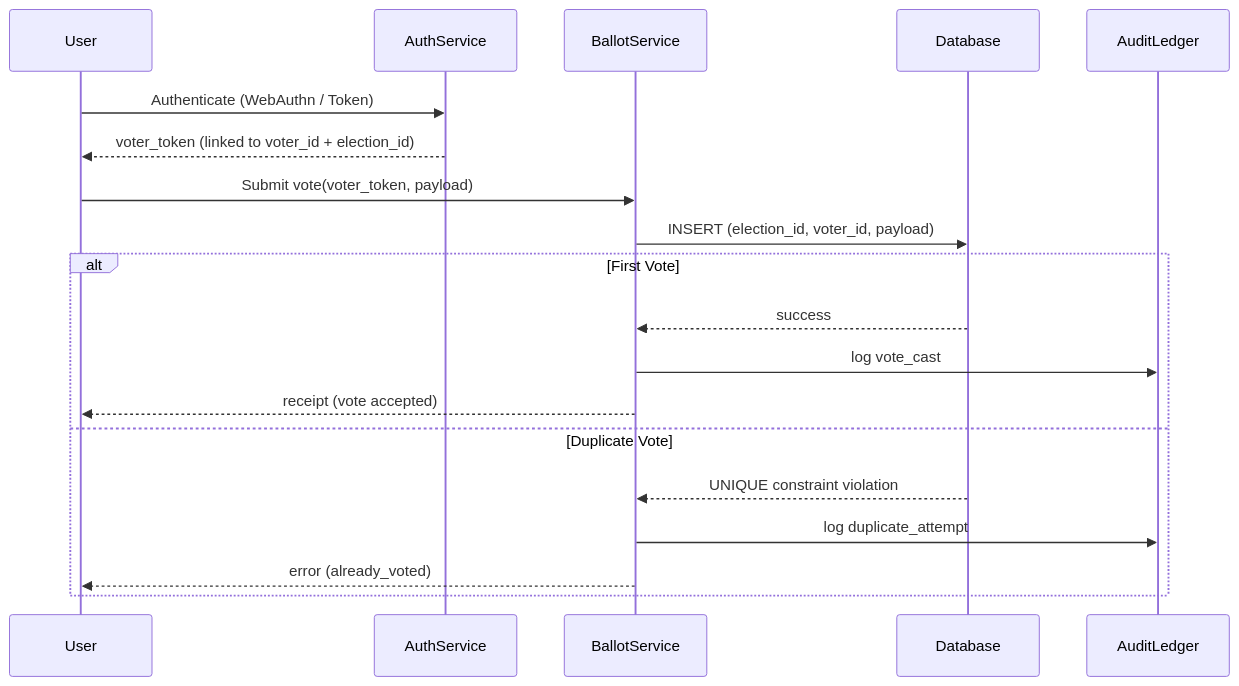
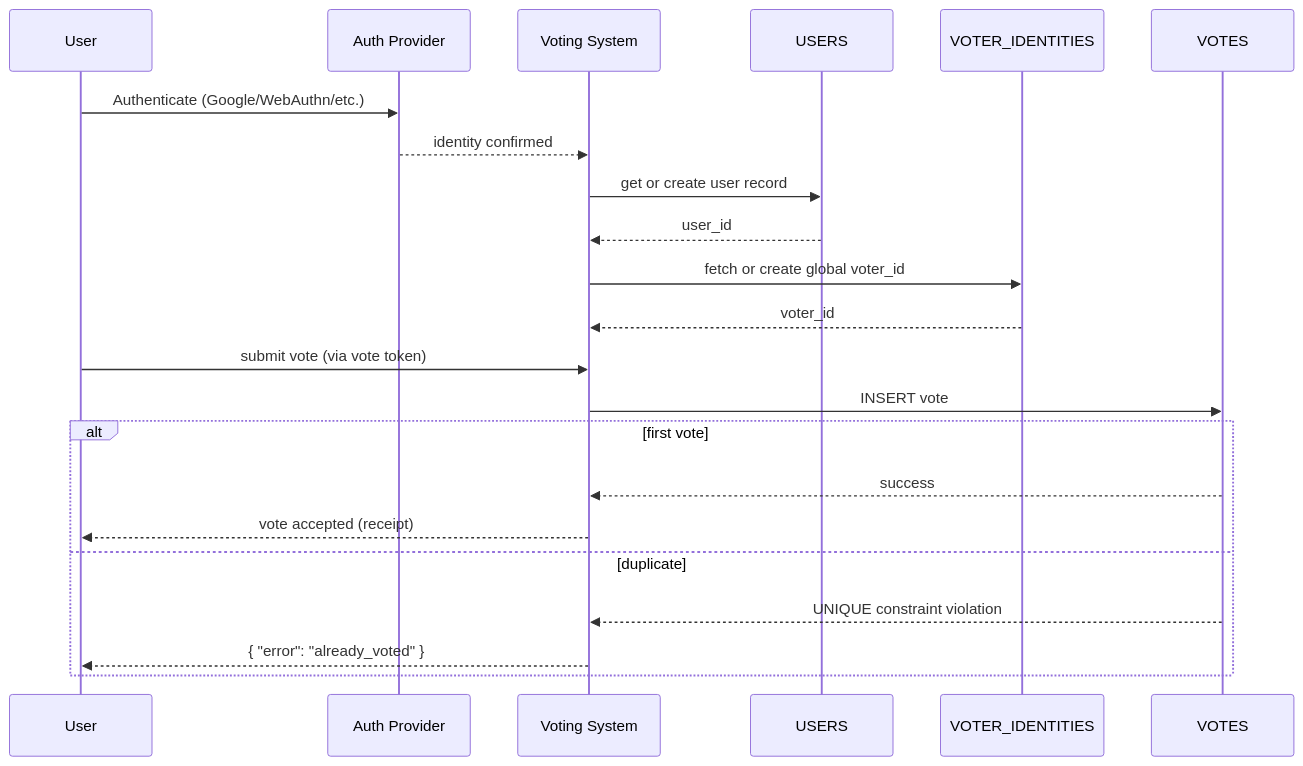
Before and after one commit to Soto92/arch-pocs: the second of 2 diagrams in vote-system/readme.md, drawn with Mermaid. The commit also changed other lines of this file and 1 other file, not shown here.

````diff
--- a/vote-system/readme.md
+++ b/vote-system/readme.md
@@ -77,22 +194,29 @@
 ```mermaid
 sequenceDiagram
   participant U as User
-  participant A as AuthService
-  participant B as BallotService
-  participant DB as Database
-  participant G as AuditLedger
+  participant AUTH as Auth Provider
+  participant SYS as Voting System
+  participant DBU as USERS
+  participant DBVI as VOTER_IDENTITIES
+  participant DBV as VOTES
 
-  U->>A: Authenticate (WebAuthn / Token)
-  A-->>U: voter_token (linked to voter_id + election_id)
-  U->>B: Submit vote(voter_token, payload)
-  B->>DB: INSERT (election_id, voter_id, payload)
-  alt First Vote
-    DB-->>B: success
-    B->>G: log vote_cast
-    B-->>U: receipt (vote accepted)
-  else Duplicate Vote
-    DB-->>B: UNIQUE constraint violation
-    B->>G: log duplicate_attempt
-    B-->>U: error (already_voted)
+  U->>AUTH: Authenticate (Google/WebAuthn/etc.)
+  AUTH-->>SYS: identity confirmed
+
+  SYS->>DBU: get or create user record
+  DBU-->>SYS: user_id
+
+  SYS->>DBVI: fetch or create global voter_id
+  DBVI-->>SYS: voter_id
+
+  U->>SYS: submit vote (via vote token)
+  SYS->>DBV: INSERT vote
+
+  alt first vote
+      DBV-->>SYS: success
+      SYS-->>U: vote accepted (receipt)
+  else duplicate
+      DBV-->>SYS: UNIQUE constraint violation
+      SYS-->>U: { "error": "already_voted" }
   end
 ```
````
